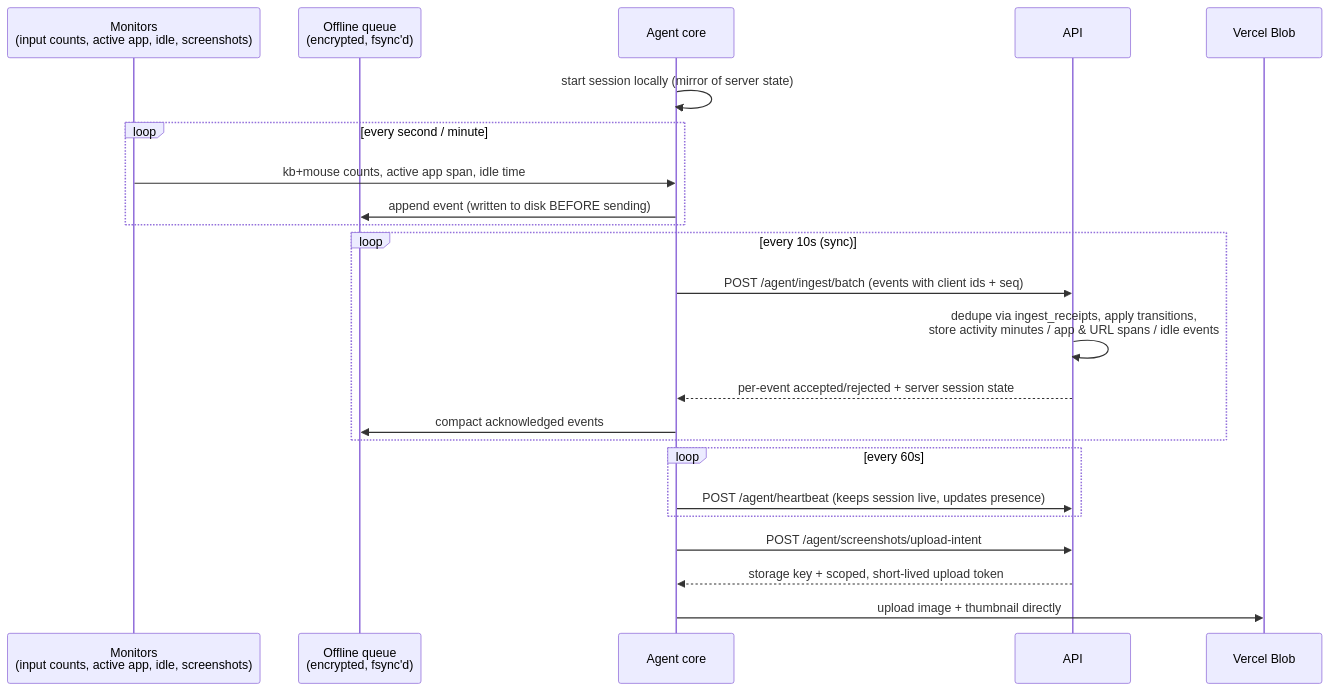
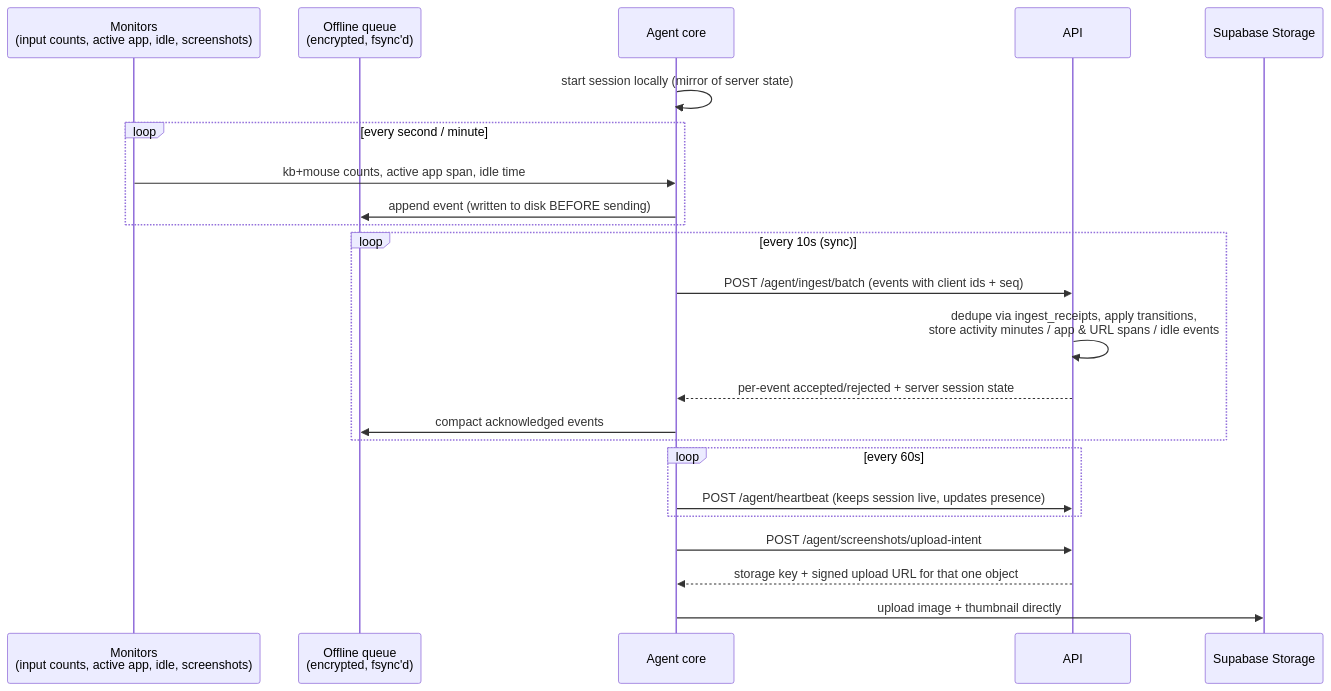
Before and after one commit to marketingcad/WorkPulse: the seventh of 11 diagrams in README.md, drawn with Mermaid. The commit also changed other lines of this file and 10 other files, not shown here.

First line of the commit message:
Move database and file storage to Supabase (Revision 2)

````diff
--- a/README.md
+++ b/README.md
@@ -261,26 +261,26 @@
 ```mermaid
 sequenceDiagram
   participant Mon as Monitors<br/>(input counts, active app, idle, screenshots)
   participant Q as Offline queue<br/>(encrypted, fsync'd)
   participant Agent as Agent core
   participant API as API
-  participant Blob as Vercel Blob
+  participant Blob as Supabase Storage
 
   Agent->>Agent: start session locally (mirror of server state)
   loop every second / minute
     Mon->>Agent: kb+mouse counts, active app span, idle time
     Agent->>Q: append event (written to disk BEFORE sending)
   end
   loop every 10s (sync)
     Agent->>API: POST /agent/ingest/batch (events with client ids + seq)
     API->>API: dedupe via ingest_receipts, apply transitions,<br/>store activity minutes / app & URL spans / idle events
     API-->>Agent: per-event accepted/rejected + server session state
     Agent->>Q: compact acknowledged events
   end
   loop every 60s
     Agent->>API: POST /agent/heartbeat (keeps session live, updates presence)
   end
   Agent->>API: POST /agent/screenshots/upload-intent
-  API-->>Agent: storage key + scoped, short-lived upload token
+  API-->>Agent: storage key + signed upload URL for that one object
   Agent->>Blob: upload image + thumbnail directly
 ```
````
